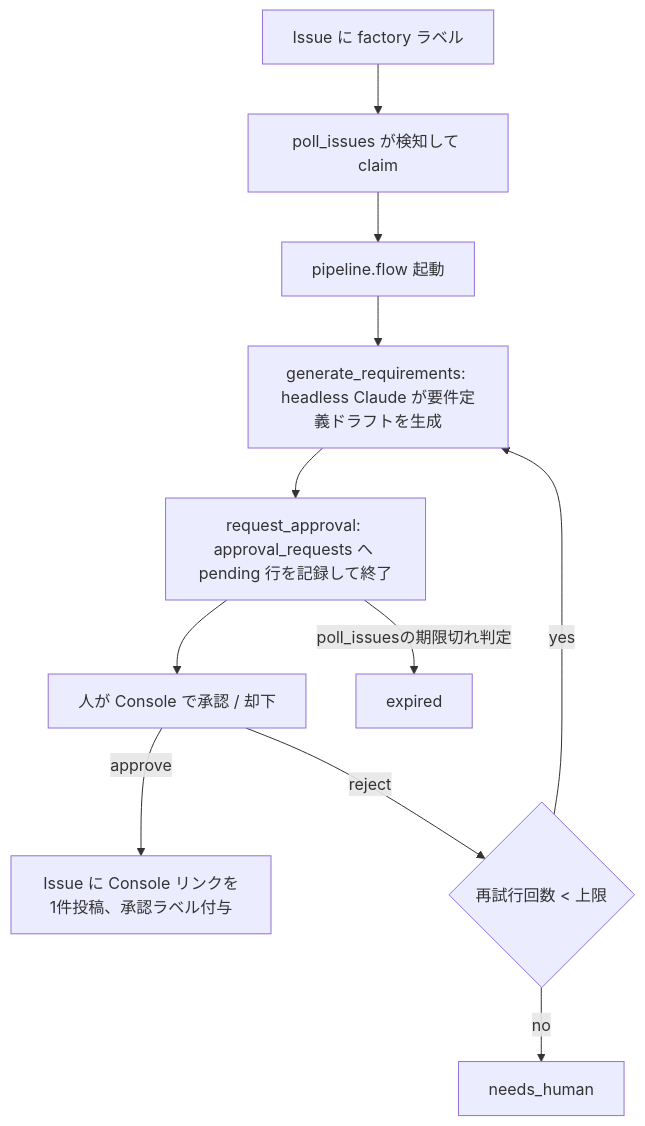
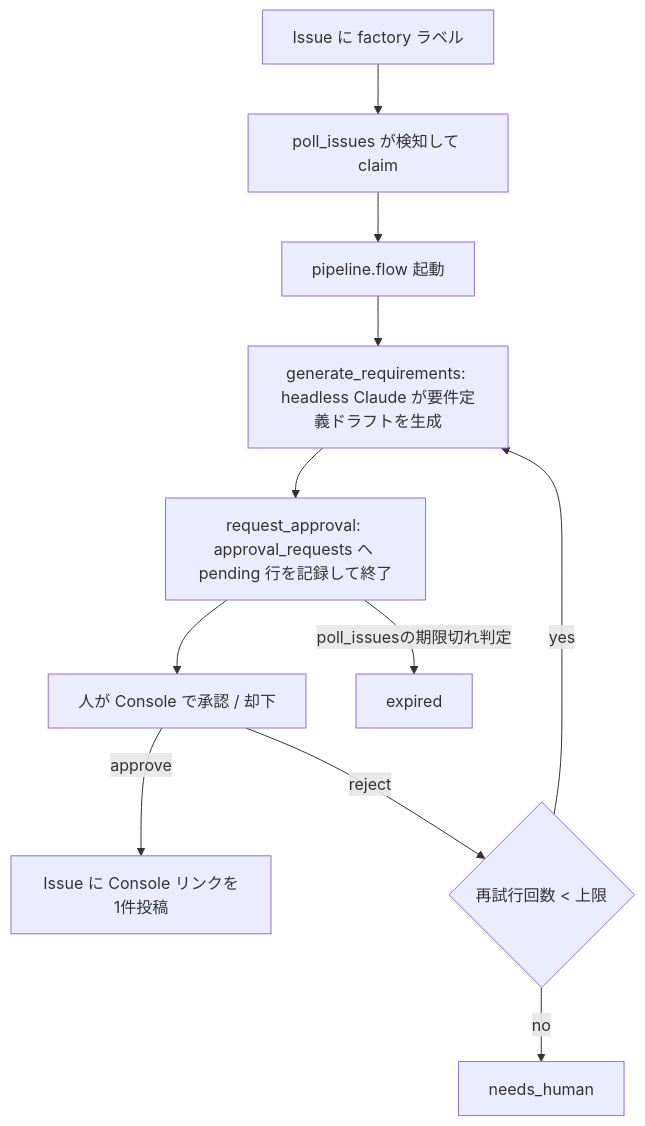
Before and after one commit to u-stem/atelier-works: the first of 2 diagrams in docs/architecture.md, drawn with Mermaid. The commit also changed other lines of this file and 22 other files, not shown here.

````diff
--- a/docs/architecture.md
+++ b/docs/architecture.md
@@ -30,13 +30,13 @@
 ```mermaid
 flowchart TD
     A[Issue に factory ラベル] --> B[poll_issues が検知して claim]
     B --> C[pipeline.flow 起動]
     C --> D[generate_requirements: headless Claude が要件定義ドラフトを生成]
     D --> E[request_approval: approval_requests へ pending 行を記録して終了]
     E --> J[人が Console で承認 / 却下]
-    J -->|approve| F[Issue に Console リンクを1件投稿、承認ラベル付与]
+    J -->|approve| F[Issue に Console リンクを1件投稿]
     J -->|reject| G{再試行回数 < 上限}
     G -->|yes| D
     G -->|no| H[needs_human]
     E -->|poll_issuesの期限切れ判定| I[expired]
 ```
````
